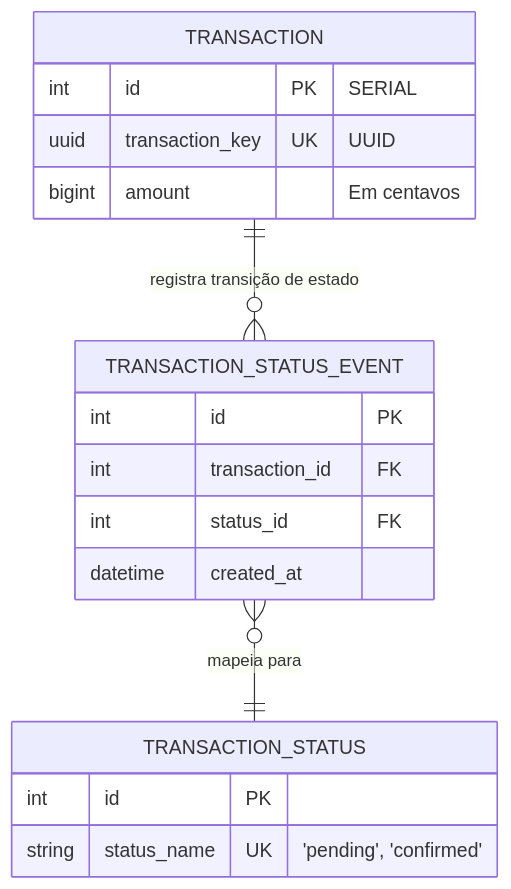
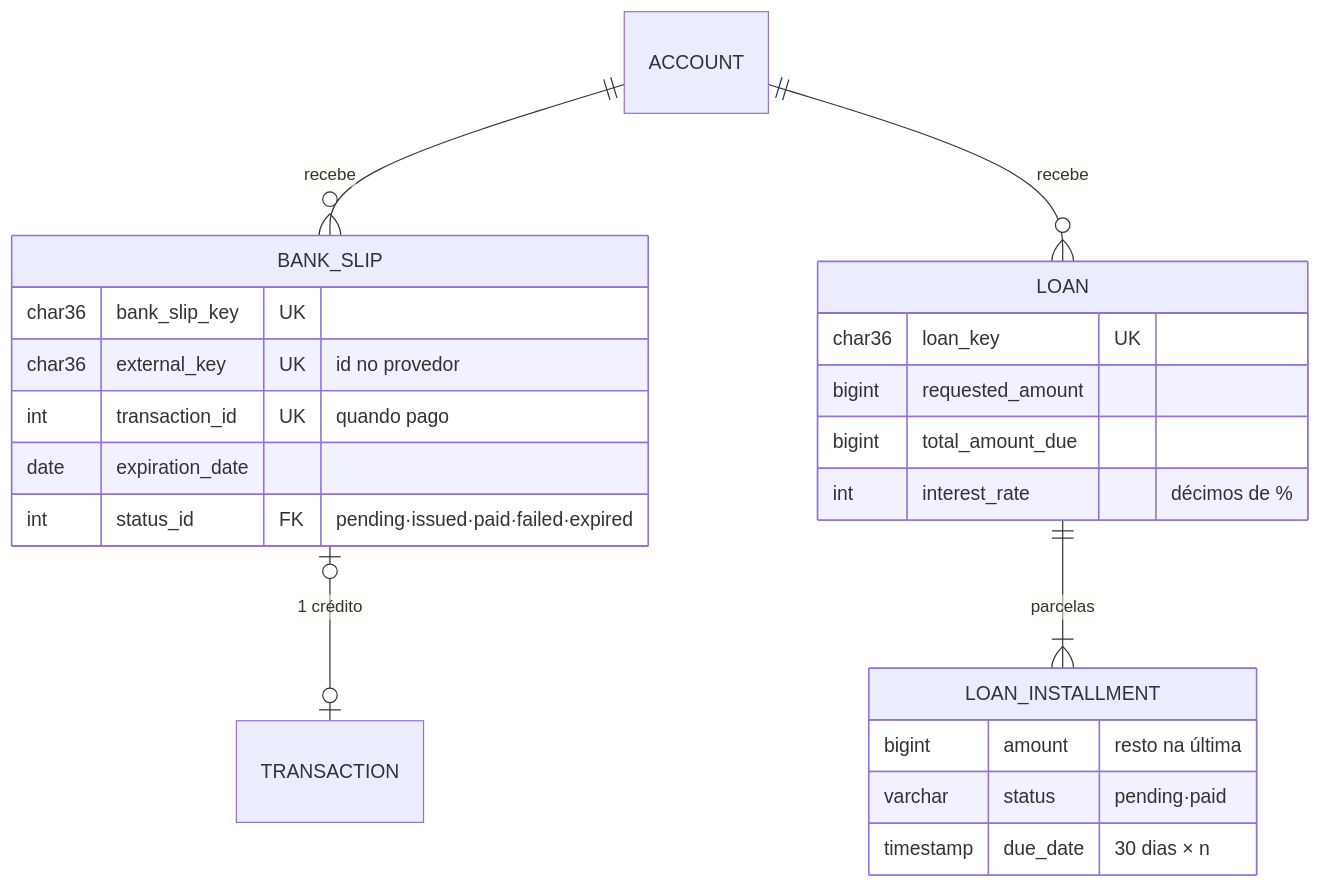
The second of 4 diagrams in docs/rfc_prototipo_bancario.md (gfdmarco/BootcampQITechG33), drawn with Mermaid before and after one commit. The commit also changed other lines of this file and 41 other files, not shown here.

````diff
--- a/docs/rfc_prototipo_bancario.md
+++ b/docs/rfc_prototipo_bancario.md
@@ -178,21 +196,25 @@
 ```mermaid
 erDiagram
-    TRANSACTION ||--o{ TRANSACTION_STATUS_EVENT : "registra transição de estado"
-    TRANSACTION_STATUS_EVENT }o--|| TRANSACTION_STATUS : "mapeia para"
-
-    TRANSACTION {
-        int id PK "SERIAL"
-        uuid transaction_key UK "UUID"
-        bigint amount "Em centavos"
+    ACCOUNT ||--o{ BANK_SLIP : "recebe"
+    BANK_SLIP |o--o| TRANSACTION : "1 crédito"
+    ACCOUNT ||--o{ LOAN : "recebe"
+    LOAN ||--|{ LOAN_INSTALLMENT : "parcelas"
+    BANK_SLIP {
+        char36 bank_slip_key UK
+        char36 external_key UK "id no provedor"
+        int transaction_id UK "quando pago"
+        date expiration_date
+        int status_id FK "pending·issued·paid·failed·expired"
     }
-    TRANSACTION_STATUS {
-        int id PK
-        string status_name UK "'pending', 'confirmed'"
+    LOAN {
+        char36 loan_key UK
+        bigint requested_amount
+        bigint total_amount_due
+        int interest_rate "décimos de %"
     }
-    TRANSACTION_STATUS_EVENT {
-        int id PK
-        int transaction_id FK
-        int status_id FK
-        datetime created_at
+    LOAN_INSTALLMENT {
+        bigint amount "resto na última"
+        varchar status "pending·paid"
+        timestamp due_date "30 dias × n"
     }
 ```
````
